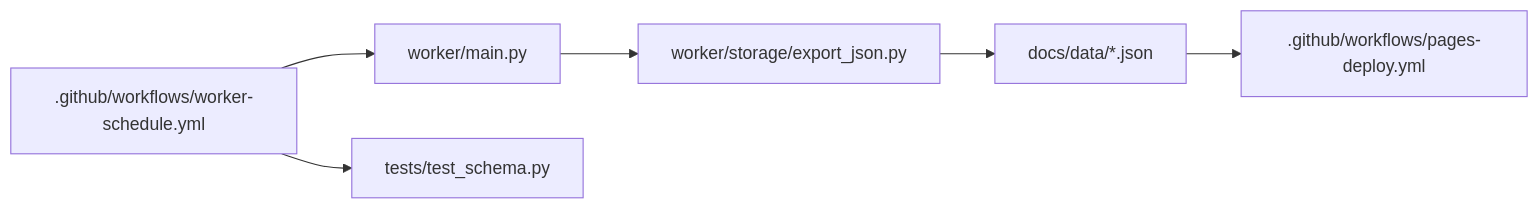
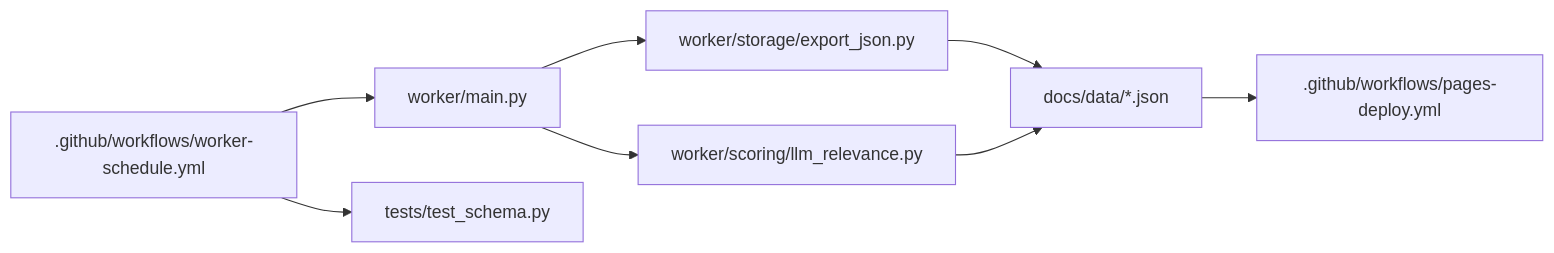
One commit to shakthi-vinayak/news changed the third of 3 diagrams in .qoder/repowiki/en/content/Automation and Deployment/GitHub Actions Workflows.md. Above: the diagram before and after it, drawn with Mermaid. The commit also changed other lines of this file and 55 other files, not shown here.

````diff
--- a/.qoder/repowiki/en/content/Automation and Deployment/GitHub Actions Workflows.md
+++ b/.qoder/repowiki/en/content/Automation and Deployment/GitHub Actions Workflows.md
@@ -251,8 +277,10 @@
 ```mermaid
 graph LR
 WS[".github/workflows/worker-schedule.yml"] --> MAIN["worker/main.py"]
 MAIN --> EX["worker/storage/export_json.py"]
 EX --> DATA["docs/data/*.json"]
 DATA --> PD[".github/workflows/pages-deploy.yml"]
 WS --> TESTS["tests/test_schema.py"]
+MAIN --> LLM["worker/scoring/llm_relevance.py"]
+LLM --> DATA
 ```
````
